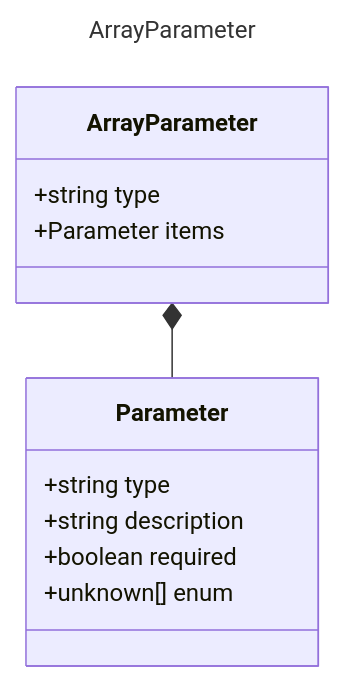
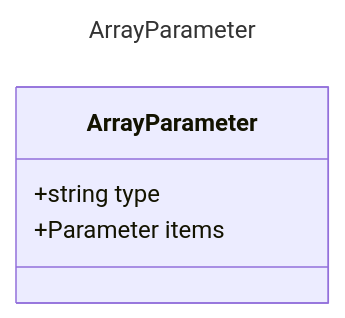
Before and after one commit to microsoft/prompty: the diagram in specification/prompty/docs/ArrayParameter.md, drawn with Mermaid. The commit also changed 22 other files, not shown here.

Commit message:
corrected class diagrams

````diff
--- a/specification/prompty/docs/ArrayParameter.md
+++ b/specification/prompty/docs/ArrayParameter.md
@@ -7,17 +7,10 @@
 ```mermaid
 ---
 title: ArrayParameter
 ---
 classDiagram
-    class Parameter {
-        +string type
-        +string description
-        +boolean required
-        +unknown[] enum
-    }
     class ArrayParameter {
         +string type
         +Parameter items
     }
-    ArrayParameter *-- Parameter
 ```
````
